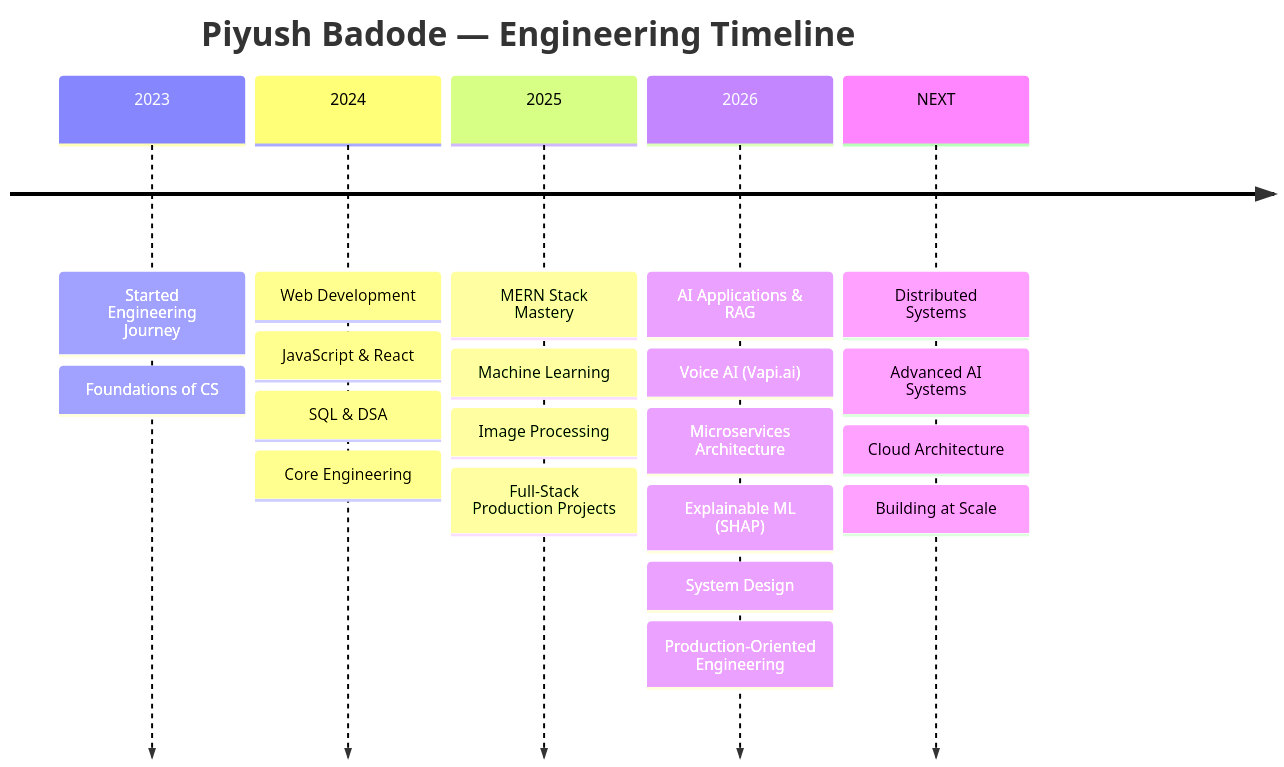
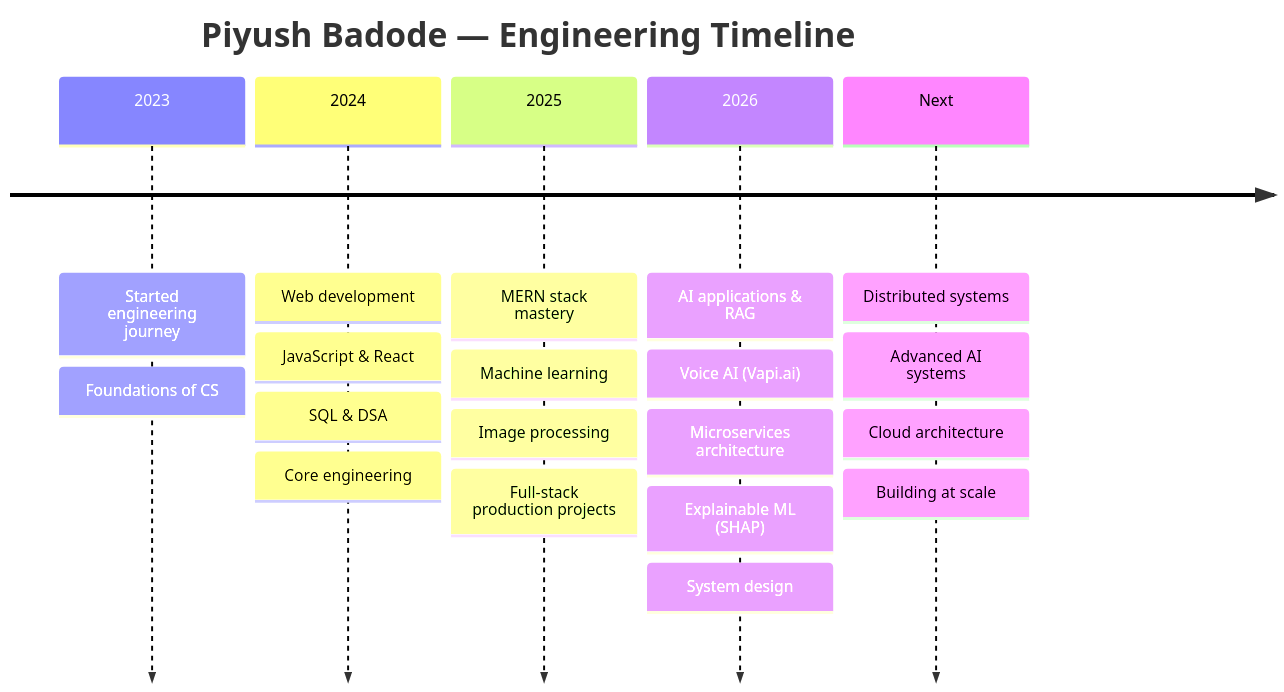
Before and after one commit to Piyush6046/Piyush6046: the sixth of 6 diagrams in README.md, drawn with Mermaid. The commit also changed other lines of this file, not shown here.

````diff
--- a/README.md
+++ b/README.md
@@ -532,24 +368,23 @@
 ```mermaid
 timeline
     title Piyush Badode — Engineering Timeline
-    2023 : Started Engineering Journey
+    2023 : Started engineering journey
          : Foundations of CS
-    2024 : Web Development
+    2024 : Web development
          : JavaScript & React
          : SQL & DSA
-         : Core Engineering
-    2025 : MERN Stack Mastery
-         : Machine Learning
-         : Image Processing
-         : Full-Stack Production Projects
-    2026 : AI Applications & RAG
+         : Core engineering
+    2025 : MERN stack mastery
+         : Machine learning
+         : Image processing
+         : Full-stack production projects
+    2026 : AI applications & RAG
          : Voice AI (Vapi.ai)
-         : Microservices Architecture
+         : Microservices architecture
          : Explainable ML (SHAP)
-         : System Design
-         : Production-Oriented Engineering
-    NEXT : Distributed Systems
-         : Advanced AI Systems
-         : Cloud Architecture
-         : Building at Scale
+         : System design
+    Next : Distributed systems
+         : Advanced AI systems
+         : Cloud architecture
+         : Building at scale
 ```
````
